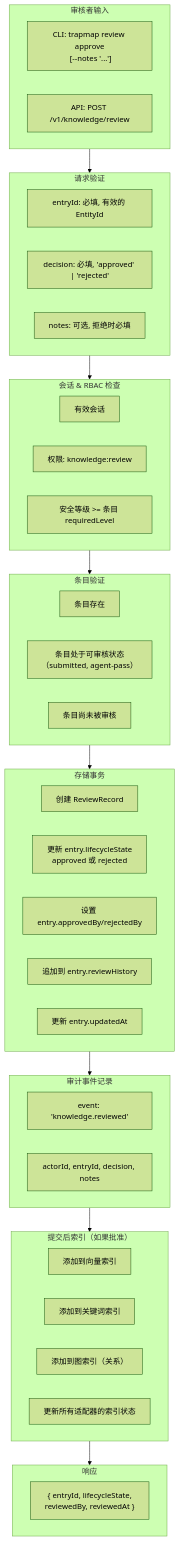
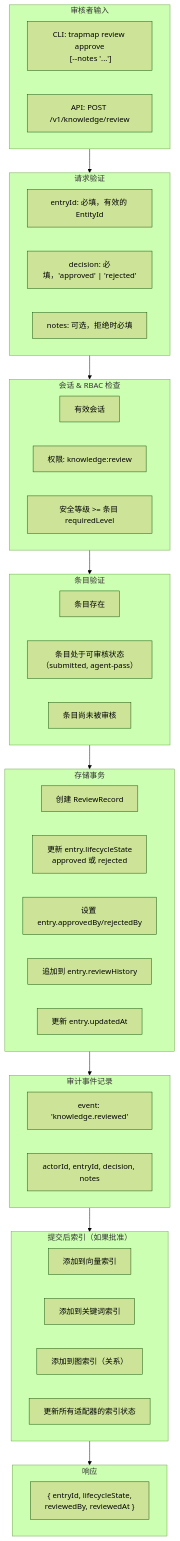
Before and after one commit to pofossette/TrapMap-for-vibing: the fifth of 10 diagrams in docs/architecture/FLOW.md, drawn with Mermaid (forest theme). The commit also changed other lines of this file and 31 other files, not shown here.

````diff
--- a/docs/architecture/FLOW.md
+++ b/docs/architecture/FLOW.md
@@ -212,57 +212,57 @@
 ```mermaid
 flowchart TB
-    subgraph ReviewerInput["审核者输入"]
+    subgraph 审核者输入["审核者输入"]
         CLIReview["CLI: trapmap review approve\n<entryId> [--notes '...']"]
         APIReview["API: POST /v1/knowledge/review"]
     end
     
-    subgraph Validation["请求验证"]
-        EntryId["entryId: 必填, 有效的 EntityId"]
-        Decision["decision: 必填, 'approved' | 'rejected'"]
-        Notes["notes: 可选, 拒绝时必填"]
+    subgraph 请求验证["请求验证"]
+        EntryId["entryId: 必填，有效的 EntityId"]
+        Decision["decision: 必填，'approved' | 'rejected'"]
+        Notes["notes: 可选，拒绝时必填"]
     end
     
-    subgraph SessionRBAC["会话 & RBAC 检查"]
+    subgraph 会话权限["会话 & RBAC 检查"]
         Session["有效会话"]
         Permission["权限: knowledge:review"]
         LevelCheck["安全等级 >= 条目 requiredLevel"]
     end
     
-    subgraph EntryValidation["条目验证"]
+    subgraph 条目验证["条目验证"]
         EntryExists["条目存在"]
         ReviewableState["条目处于可审核状态\n（submitted, agent-pass）"]
         NotReviewed["条目尚未被审核"]
     end
     
-    subgraph StoreTx["存储事务"]
+    subgraph 存储事务["存储事务"]
         CreateReview["创建 ReviewRecord"]
         UpdateState["更新 entry.lifecycleState\napproved 或 rejected"]
         SetReviewer["设置 entry.approvedBy/rejectedBy"]
         AppendHistory["追加到 entry.reviewHistory"]
         UpdateTime["更新 entry.updatedAt"]
     end
     
-    subgraph Audit["审计事件记录"]
+    subgraph 审计事件["审计事件记录"]
         AuditEvent["event: 'knowledge.reviewed'"]
         AuditFields["actorId, entryId, decision, notes"]
     end
     
-    subgraph PostIndex["提交后索引（如果批准）"]
+    subgraph 提交后索引["提交后索引（如果批准）"]
         VectorIndex["添加到向量索引"]
         KeywordIndex["添加到关键词索引"]
         GraphIndex["添加到图索引（关系）"]
         UpdateIndexState["更新所有适配器的索引状态"]
     end
     
-    subgraph Response["响应"]
+    subgraph 响应["响应"]
         RespBody["{ entryId, lifecycleState,\nreviewedBy, reviewedAt }"]
     end
 
-    ReviewerInput --> Validation
-    Validation --> SessionRBAC
-    SessionRBAC --> EntryValidation
-    EntryValidation --> StoreTx
-    StoreTx --> Audit
-    Audit --> PostIndex
-    PostIndex --> Response
+    审核者输入 --> 请求验证
+    请求验证 --> 会话权限
+    会话权限 --> 条目验证
+    条目验证 --> 存储事务
+    存储事务 --> 审计事件
+    审计事件 --> 提交后索引
+    提交后索引 --> 响应
 ```
````
